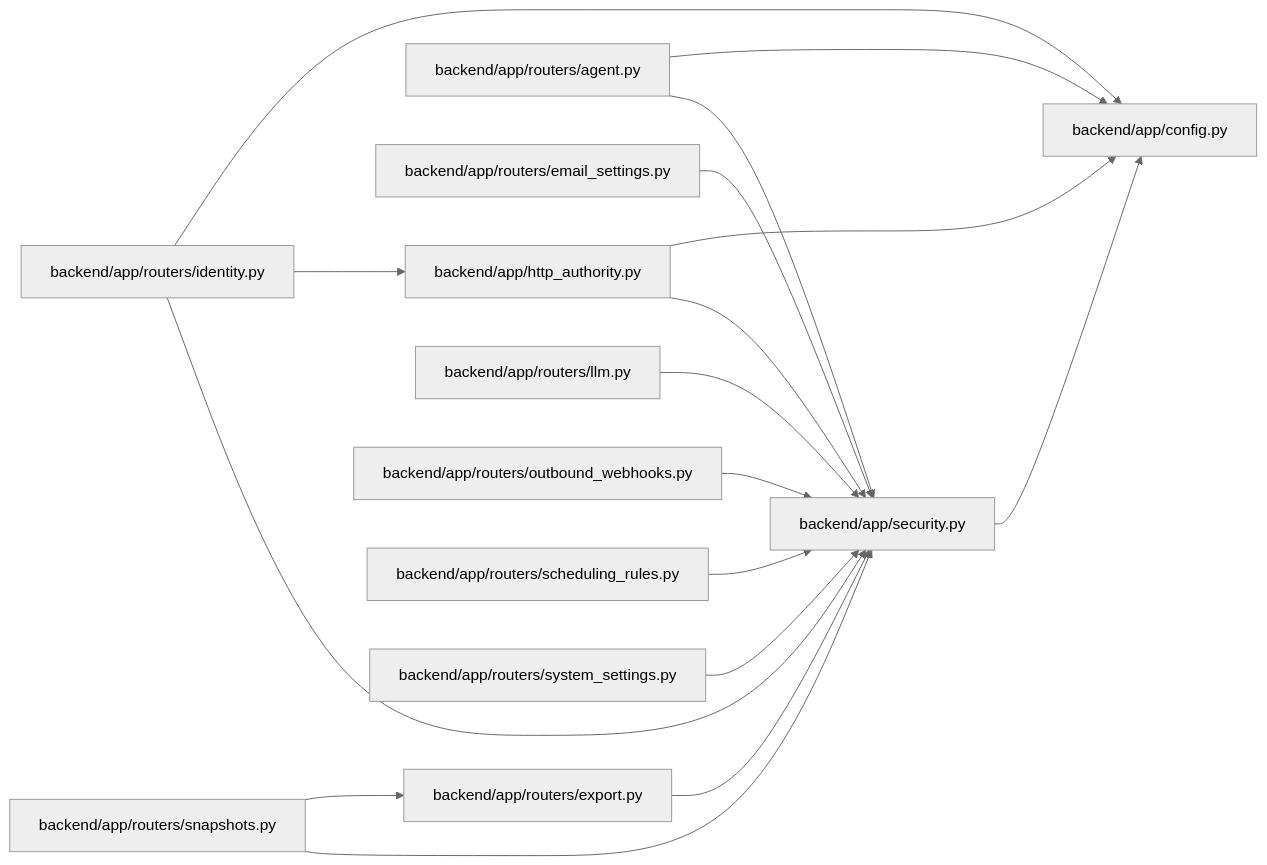
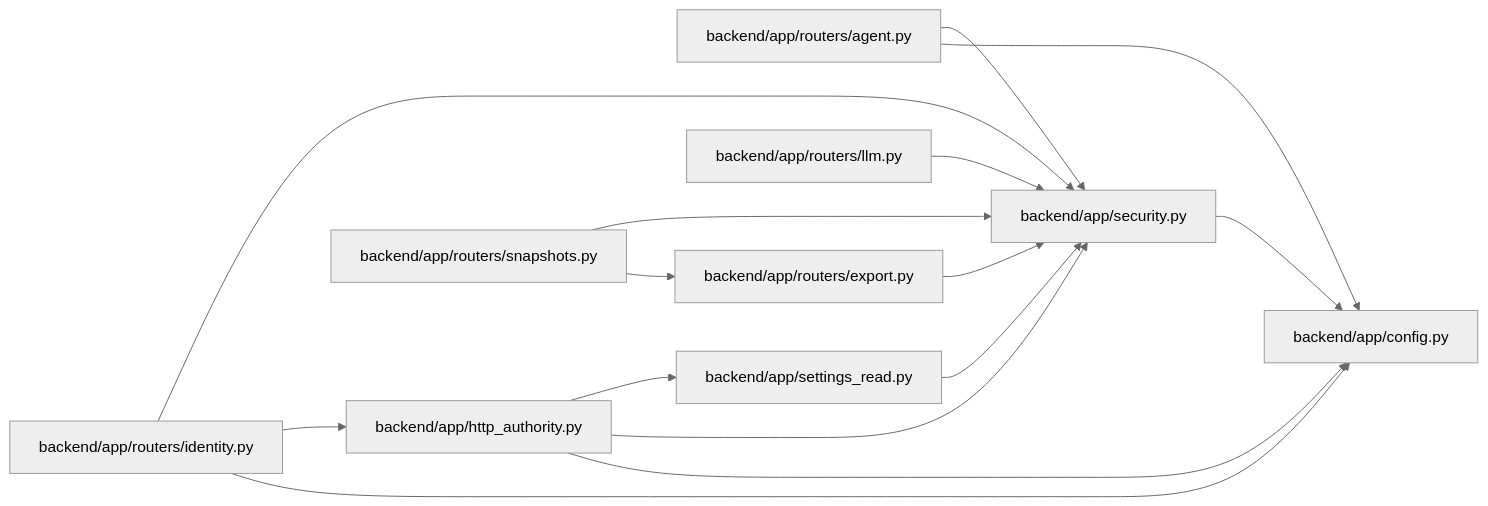
One commit to Denissvgn/WorkChord changed the diagram in docs/llm_wiki/modules/security.md. Above: the diagram before and after it, drawn with Mermaid (neutral theme). The commit also changed other lines of this file and 524 other files, not shown here.

````diff
--- a/docs/llm_wiki/modules/security.md
+++ b/docs/llm_wiki/modules/security.md
@@ -21,43 +21,35 @@
 ```mermaid
 flowchart LR
     n0["backend/app/config.py"]
     n1["backend/app/http_authority.py"]
     n2["backend/app/routers/agent.py"]
-    n3["backend/app/routers/email_settings.py"]
-    n4["backend/app/routers/export.py"]
-    n5["backend/app/routers/identity.py"]
-    n6["backend/app/routers/llm.py"]
-    n7["backend/app/routers/outbound_webhooks.py"]
-    n8["backend/app/routers/scheduling_rules.py"]
-    n9["backend/app/routers/snapshots.py"]
-    n10["backend/app/routers/system_settings.py"]
-    n11["backend/app/security.py"]
+    n3["backend/app/routers/export.py"]
+    n4["backend/app/routers/identity.py"]
+    n5["backend/app/routers/llm.py"]
+    n6["backend/app/routers/snapshots.py"]
+    n7["backend/app/security.py"]
+    n8["backend/app/settings_read.py"]
     n1 --> n0
-    n1 --> n11
+    n1 --> n7
+    n1 --> n8
     n2 --> n0
-    n2 --> n11
-    n3 --> n11
-    n4 --> n11
-    n5 --> n0
-    n5 --> n1
-    n5 --> n11
-    n6 --> n11
-    n7 --> n11
-    n8 --> n11
-    n9 --> n4
-    n9 --> n11
-    n10 --> n11
-    n11 --> n0
+    n2 --> n7
+    n3 --> n7
+    n4 --> n0
+    n4 --> n1
+    n4 --> n7
+    n5 --> n7
+    n6 --> n3
+    n6 --> n7
+    n7 --> n0
+    n8 --> n7
     click n0 "../modules/config.md"
     click n1 "../modules/http_authority.md"
     click n2 "../modules/routers_agent.md"
-    click n3 "../modules/routers_email_settings.md"
-    click n4 "../modules/export.md"
-    click n5 "../modules/routers_identity.md"
-    click n6 "../modules/routers_llm.md"
-    click n7 "../modules/outbound_webhooks.md"
-    click n8 "../modules/routers_scheduling_rules.md"
-    click n9 "../modules/snapshots.md"
-    click n10 "../modules/routers_system_settings.md"
-    click n11 "../modules/security.md"
+    click n3 "../modules/export.md"
+    click n4 "../modules/routers_identity.md"
+    click n5 "../modules/routers_llm.md"
+    click n6 "../modules/snapshots.md"
+    click n7 "../modules/security.md"
+    click n8 "../modules/settings_read.md"
 ```
````
